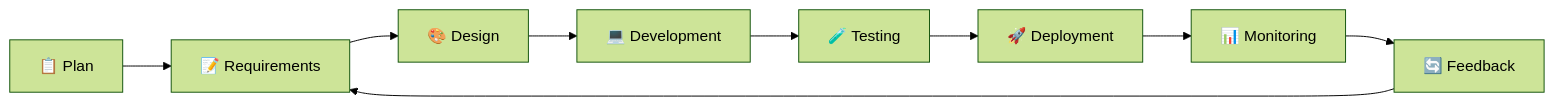
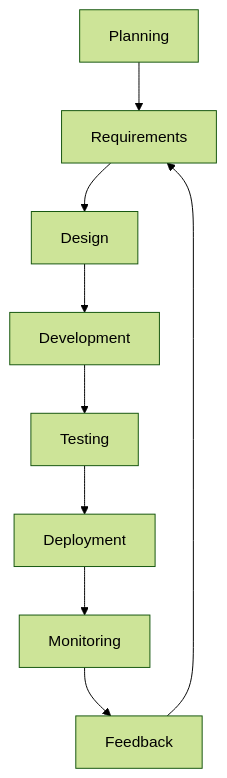
The fourth of 31 diagrams in DevOps-Labs-and-Projects/ Day-01 to Day-06/README.md (Yuvii2102/My-Devops-Cloud-Journey), drawn with Mermaid (forest theme) before and after one commit. The commit also changed other lines of this file, not shown here.

First line of the commit message:
Improved my DevOps learning notes (Day 01–06)

````diff
--- a/DevOps-Labs-and-Projects/ Day-01 to Day-06/README.md
+++ b/DevOps-Labs-and-Projects/ Day-01 to Day-06/README.md
@@ -117,14 +93,11 @@
 ```mermaid
-flowchart LR
-    PLAN["📋 Plan"]
-    REQ["📝 Requirements"]
-    DESIGN["🎨 Design"]
-    DEV["💻 Development"]
-    TEST["🧪 Testing"]
-    DEPLOY["🚀 Deployment"]
-    MON["📊 Monitoring"]
-    FEEDBACK["🔄 Feedback"]
-
-    PLAN --> REQ --> DESIGN --> DEV --> TEST --> DEPLOY --> MON --> FEEDBACK
-    FEEDBACK --> REQ
+flowchart TD
+    A["Planning"] --> B["Requirements"]
+    B --> C["Design"]
+    C --> D["Development"]
+    D --> E["Testing"]
+    E --> F["Deployment"]
+    F --> G["Monitoring"]
+    G --> H["Feedback"]
+    H --> B
 ```
````
